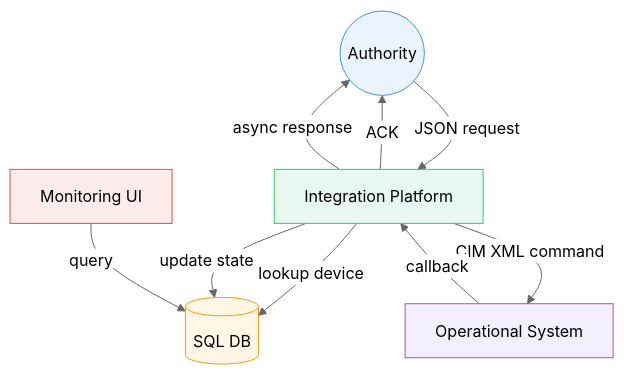
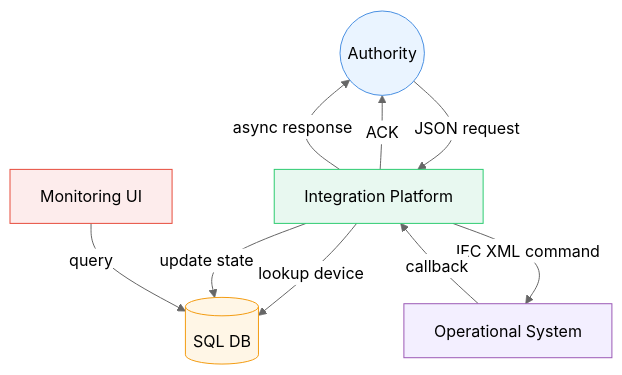
One commit to sbhrwl/microservices changed the first of 4 diagrams in frnds/README.md. Above: the diagram before and after it, drawn with Mermaid (neutral theme).

Commit message:
Update CIM XML command to IEC XML command

````diff
--- a/frnds/README.md
+++ b/frnds/README.md
@@ -46,24 +46,24 @@
 ```mermaid
 flowchart TD
 
   Authority((Authority))
   Integration[Integration Platform]
   DB[(SQL DB)]
   Downstream[Operational System]
   UI[Monitoring UI]
 
   Authority -->|JSON request| Integration
   Integration -->|ACK| Authority
   Integration -->|lookup device| DB
-  Integration -->|CIM XML command| Downstream
+  Integration -->|IEC XML command| Downstream
   Downstream -->|callback| Integration
   Integration -->|update state| DB
   Integration -->|async response| Authority
   UI -->|query| DB
 
   style Authority fill:#EAF4FF,stroke:#4A90E2
   style Integration fill:#E8F8F0,stroke:#2ECC71
   style DB fill:#FFF6E6,stroke:#F39C12
   style Downstream fill:#F3EFFF,stroke:#9B59B6
   style UI fill:#FDECEC,stroke:#E74C3C
 ```
````
